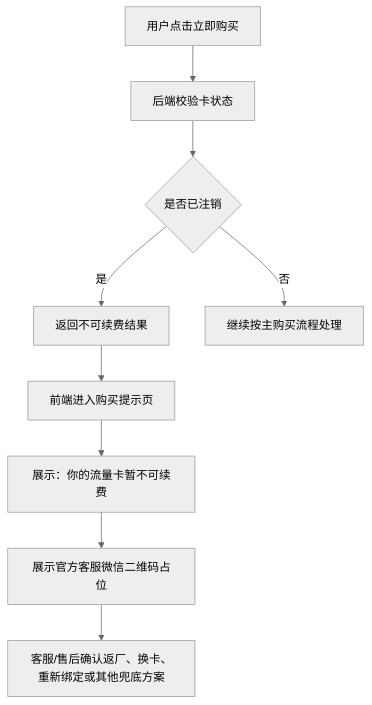
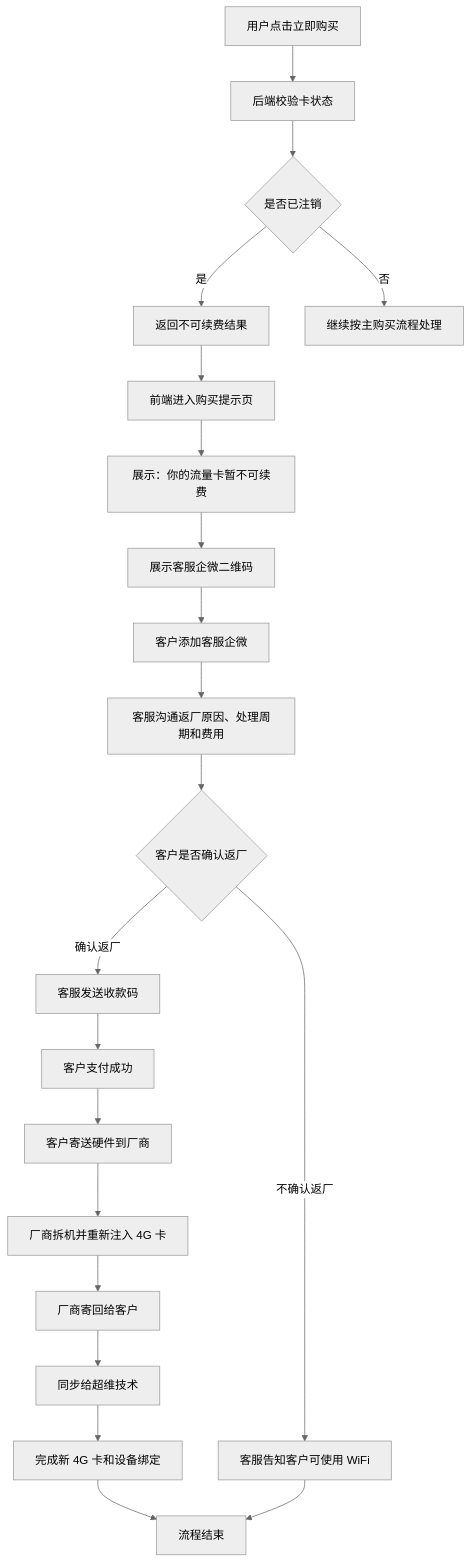
Before and after one commit to nicoxu32/4g-data-traffic-demo: the third of 4 diagrams in 购买流量+AI算力功能需求.md, drawn with Mermaid (neutral theme). The commit also changed other lines of this file, not shown here.

Commit message:
Update renewal unavailable support flow

````diff
--- a/购买流量+AI算力功能需求.md
+++ b/购买流量+AI算力功能需求.md
@@ -213,11 +213,23 @@
 ```mermaid
 flowchart TD
   A["用户点击立即购买"] --> B["后端校验卡状态"]
   B --> C{"是否已注销"}
   C -->|是| D["返回不可续费结果"]
   D --> E["前端进入购买提示页"]
   E --> F["展示：你的流量卡暂不可续费"]
-  F --> G["展示官方客服微信二维码占位"]
-  G --> H["客服/售后确认返厂、换卡、重新绑定或其他兜底方案"]
-  C -->|否| I["继续按主购买流程处理"]
+  F --> G["展示客服企微二维码"]
+  G --> H["客户添加客服企微"]
+  H --> I["客服沟通返厂原因、处理周期和费用"]
+  I --> J{"客户是否确认返厂"}
+  J -->|确认返厂| K["客服发送收款码"]
+  K --> L["客户支付成功"]
+  L --> M["客户寄送硬件到厂商"]
+  M --> N["厂商拆机并重新注入 4G 卡"]
+  N --> O["厂商寄回给客户"]
+  O --> P["同步给超维技术"]
+  P --> Q["完成新 4G 卡和设备绑定"]
+  Q --> R["流程结束"]
+  J -->|不确认返厂| S["客服告知客户可使用 WiFi"]
+  S --> R
+  C -->|否| T["继续按主购买流程处理"]
 ```
````
